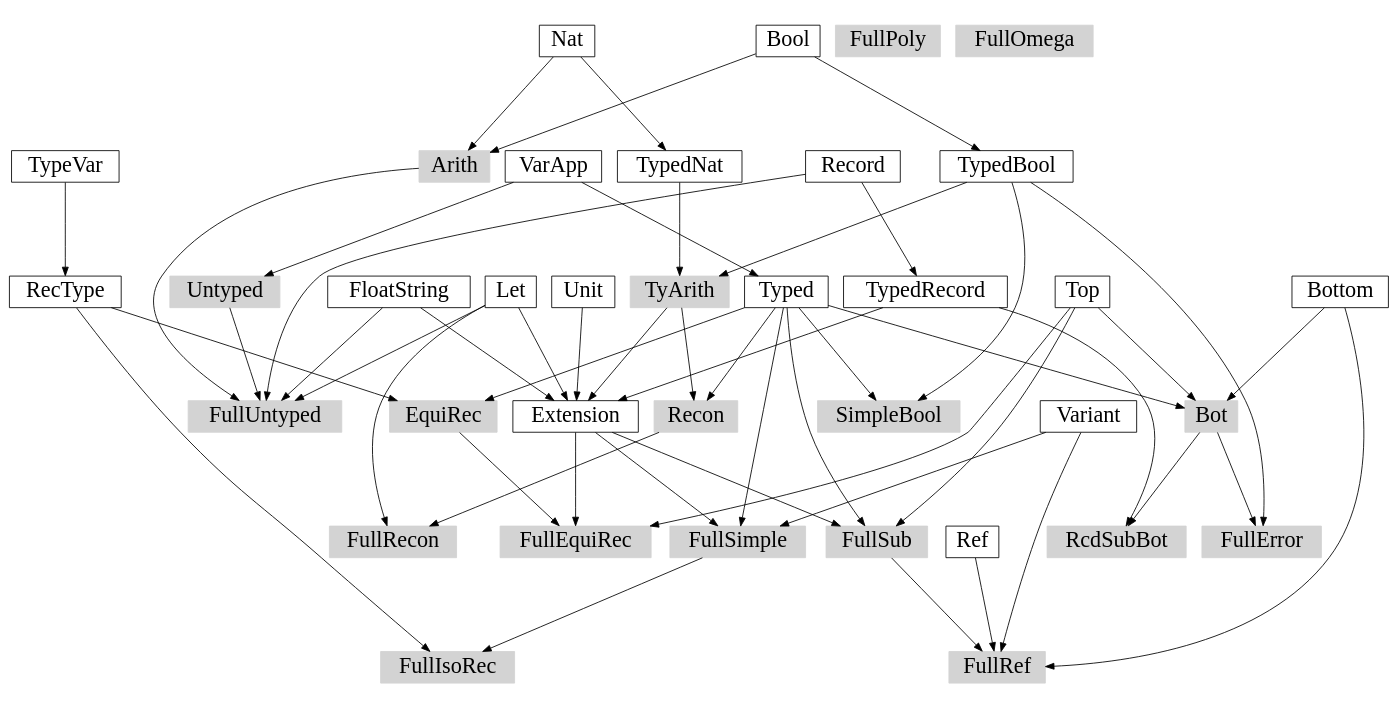
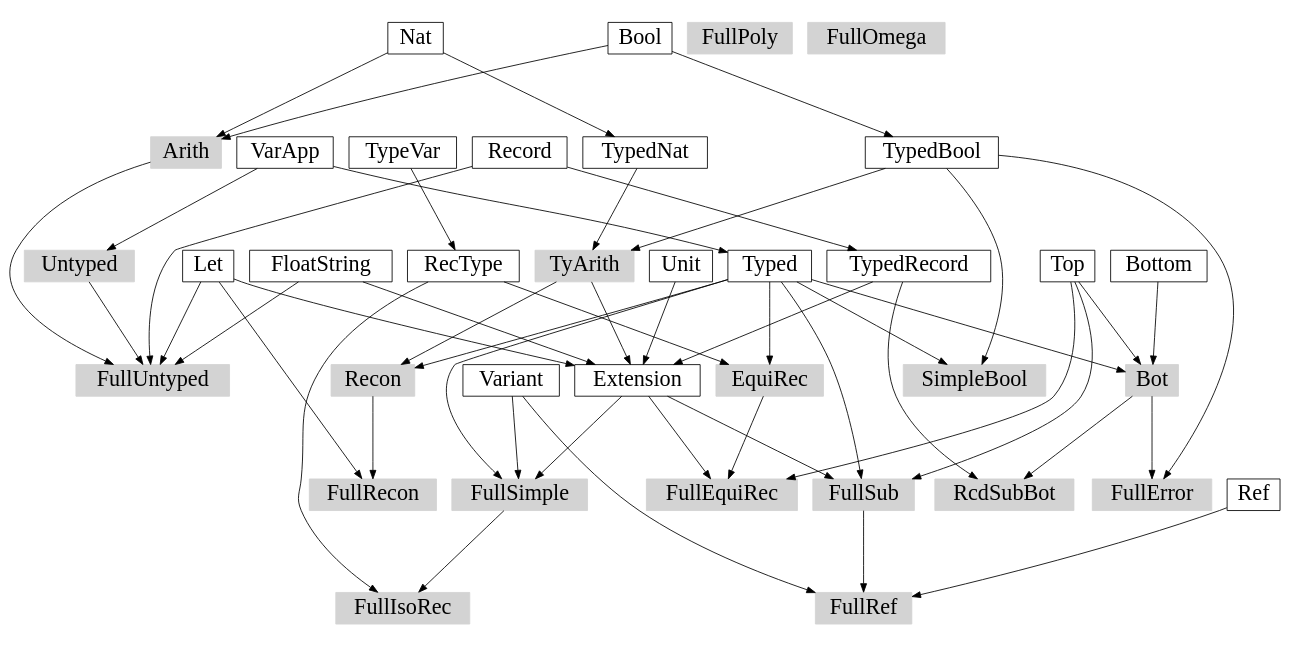
Before and after one commit to lihuanglx/tapl-visitor: the diagram in misc/graph.dot, drawn with Graphviz.

Commit message:
Fix graph deps

```diff
--- a/misc/graph.dot
+++ b/misc/graph.dot
@@ -1,59 +1,59 @@
 digraph G {
     ratio=0.5;
     //splines=polyline;
 
     node[fontsize=26, shape=box];
 
     {
         node[style=filled, color=lightgray];
 
         Arith;
         Untyped;
         FullUntyped;
         TyArith;
         SimpleBool;
         FullSimple;
         Bot;
         FullRef;
         FullError;
         RcdSubBot;
         FullSub;
         FullEquiRec;
         FullIsoRec;
         EquiRec;
         Recon;
         FullRecon;
         FullPoly;
         FullOmega;
     }
 
     // components
     Bool -> TypedBool;
     Nat -> TypedNat;
     Record -> TypedRecord;
     VarApp -> Typed;
     TyArith, FloatString, Let, TypedRecord -> Extension;
     TypeVar -> RecType;
     Unit -> Extension;
 
     // calculi
     Bool, Nat -> Arith;
     VarApp -> Untyped;
     Arith, Untyped, Record, FloatString, Let -> FullUntyped;
     TypedBool, TypedNat -> TyArith;
     Typed, TypedBool -> SimpleBool;
     Typed, Extension, Variant -> FullSimple;
     Typed, Top, Bottom -> Bot;
 
-    FullSub, Variant, Bottom, Ref -> FullRef;
+    FullSub, Variant, Ref -> FullRef;
 
     Bot, TypedBool -> FullError;
     Bot, TypedRecord -> RcdSubBot;
     Typed, Extension, Top -> FullSub;
     Typed, RecType -> EquiRec;
     EquiRec, Extension, Top -> FullEquiRec;
     FullSimple, RecType -> FullIsoRec;
     Typed, TyArith -> Recon;
     Recon, Let -> FullRecon;
 
 }
```
